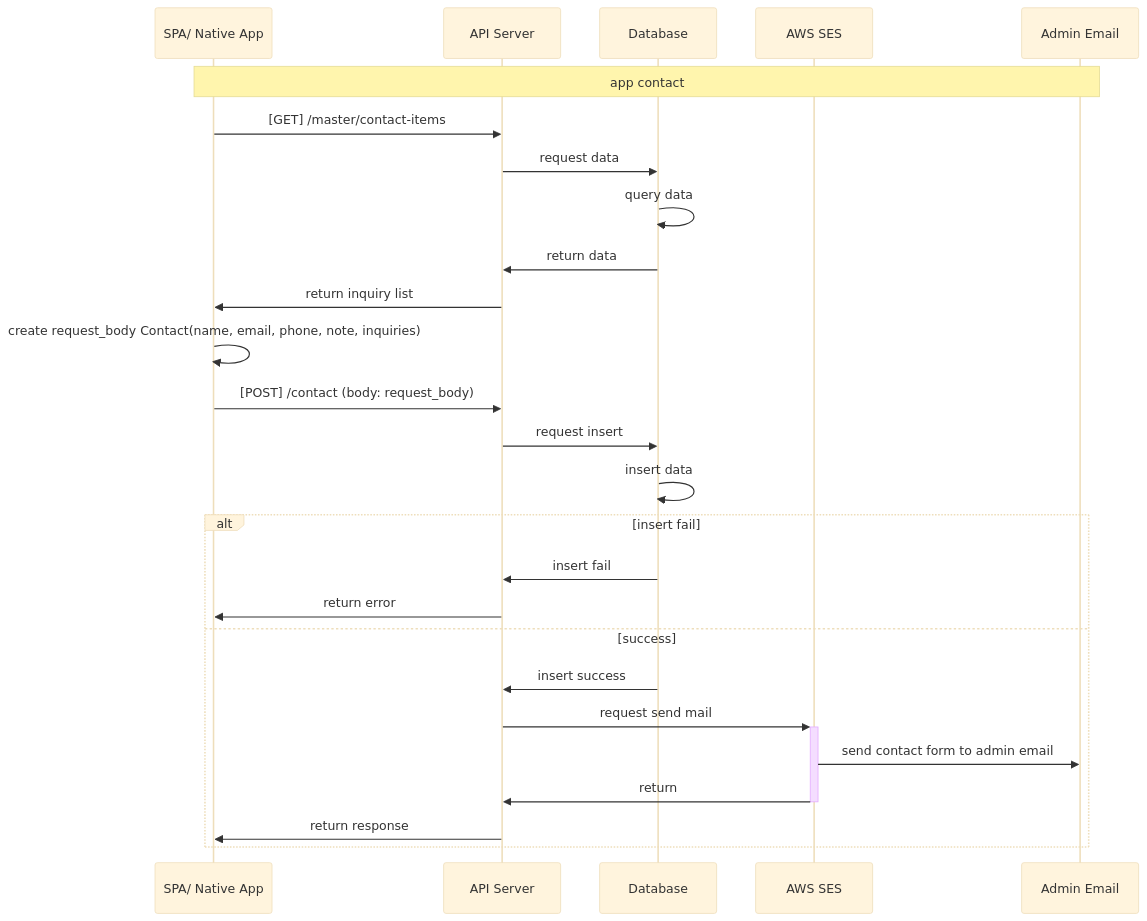
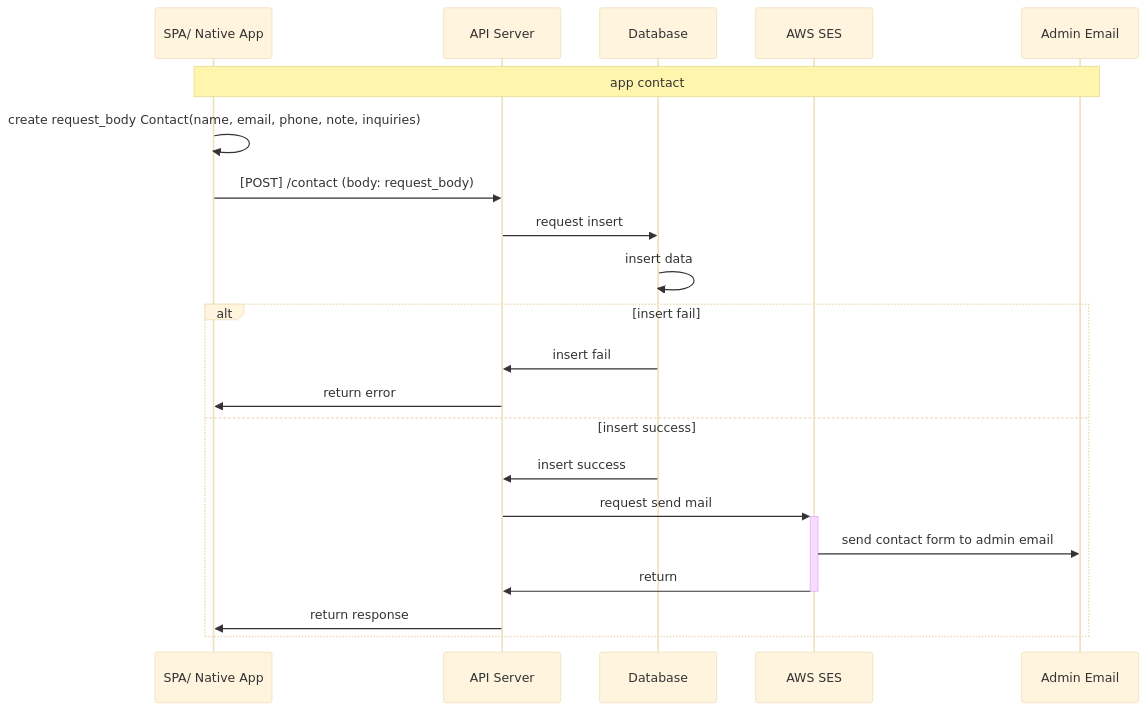
One commit to tunglampd/cicd_test changed the diagram in app_contact.md. Above: the diagram before and after it, drawn with Mermaid (base theme).

````diff
--- a/app_contact.md
+++ b/app_contact.md
@@ -2,33 +2,29 @@
 ```mermaid
 sequenceDiagram    
 
     participant Webapp as SPA/ Native App
     participant Server as API Server 
     participant DB as Database
     participant AS as AWS SES
     participant AE as Admin Email
     
     Note over Webapp, AE: app contact
 
-    Webapp->>Server: [GET] /master/contact-items
-    Server->>DB: request data
-    DB->>DB: query data
-    DB->>Server: return data
-    Server->>Webapp: return inquiry list
+
     
     Webapp->>Webapp: create request_body Contact(name, email, phone, note, inquiries)
     Webapp->>Server: [POST] /contact (body: request_body)
     Server->>DB: request insert
     DB->>DB: insert data
     alt insert fail
     DB->>Server: insert fail
     Server->>Webapp: return error
-    else success
+    else insert success
     DB->> Server: insert success
     Server->>+AS: request send mail
     AS->>AE: send contact form to admin email
     AS->>-Server: return 
     Server->> Webapp: return response
     end
 
 ```
````
